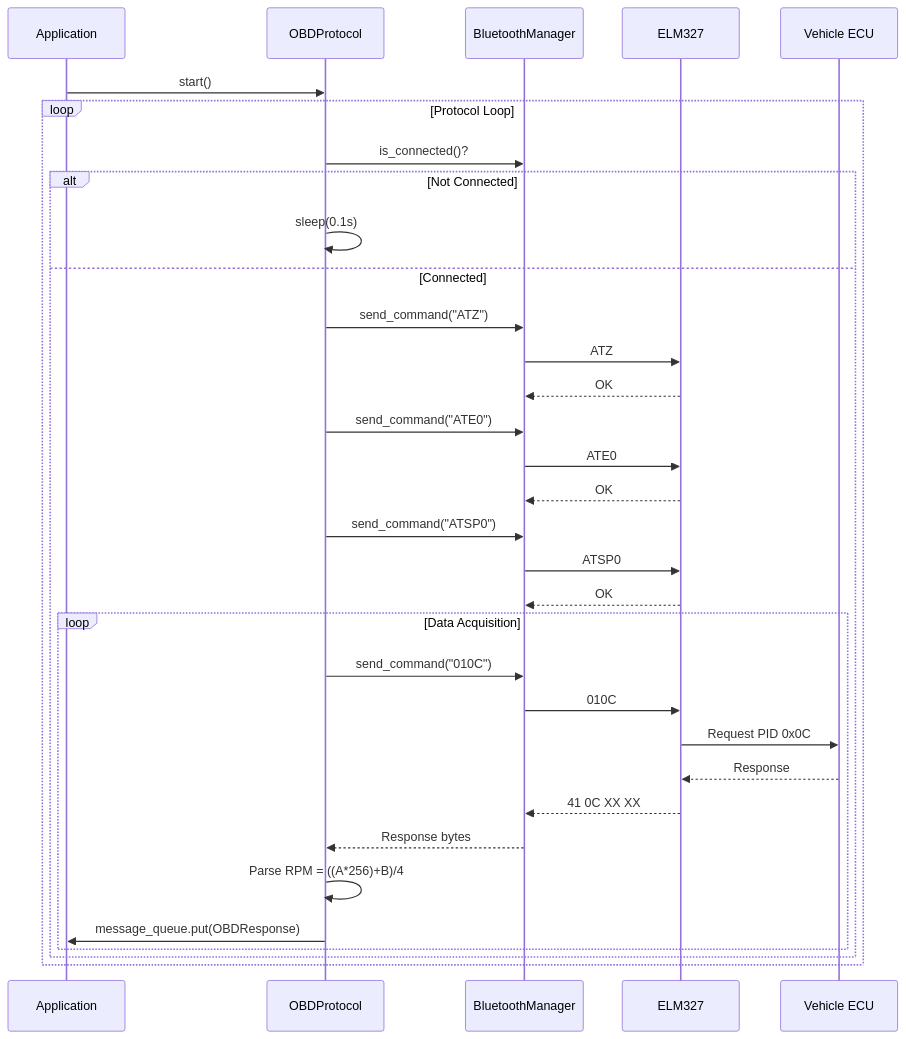
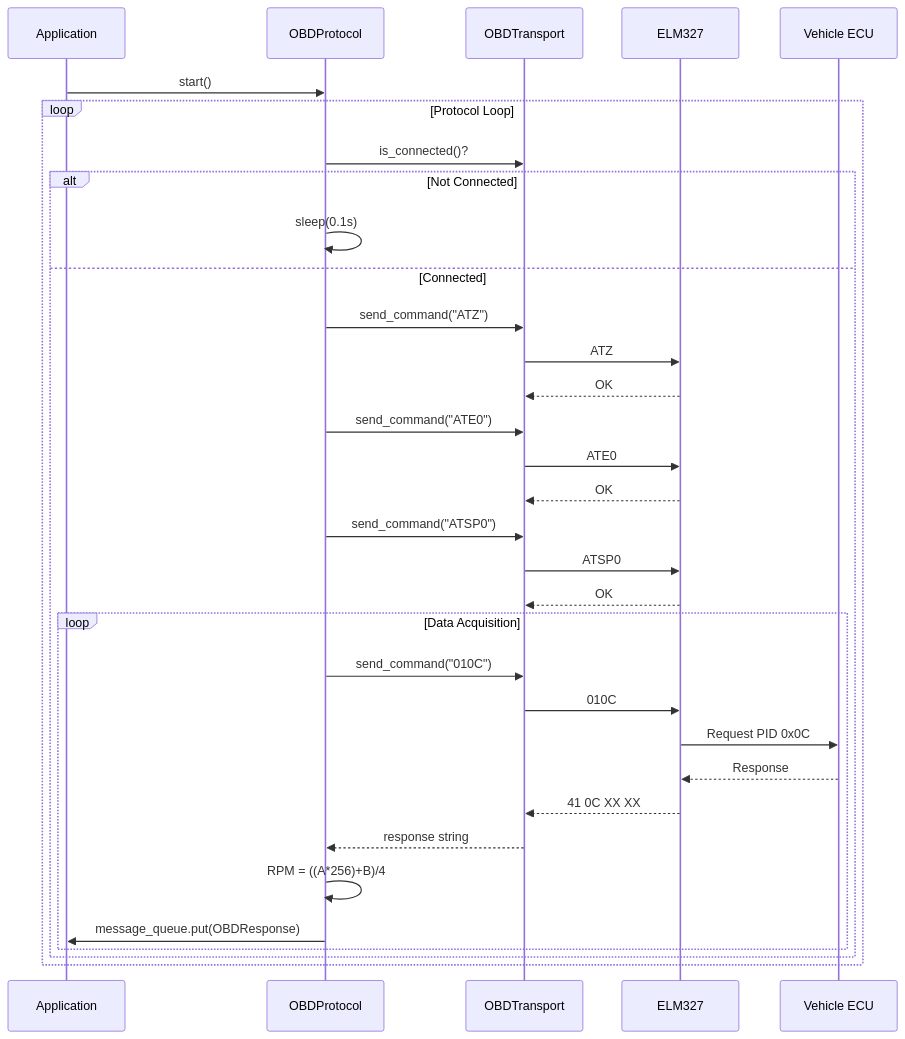
One commit to William12556/GTach changed the third of 4 diagrams in workspace/design/design-7d3e9f5a-domain_comm.md. Above: the diagram before and after it, drawn with Mermaid. The commit also changed other lines of this file and 36 other files, not shown here.

````diff
--- a/workspace/design/design-7d3e9f5a-domain_comm.md
+++ b/workspace/design/design-7d3e9f5a-domain_comm.md
@@ -585,41 +668,39 @@
 ```mermaid
 sequenceDiagram
     participant App as Application
     participant OBD as OBDProtocol
-    participant BT as BluetoothManager
+    participant TR as OBDTransport
     participant ELM as ELM327
     participant ECU as Vehicle ECU
-    
+
     App->>OBD: start()
-    
+
     loop Protocol Loop
-        OBD->>BT: is_connected()?
-        
+        OBD->>TR: is_connected()?
+
         alt Not Connected
             OBD->>OBD: sleep(0.1s)
         else Connected
-            OBD->>BT: send_command("ATZ")
-            BT->>ELM: ATZ
-            ELM-->>BT: OK
-            
-            OBD->>BT: send_command("ATE0")
-            BT->>ELM: ATE0
-            ELM-->>BT: OK
-            
-            OBD->>BT: send_command("ATSP0")
-            BT->>ELM: ATSP0
-            ELM-->>BT: OK
-            
+            OBD->>TR: send_command("ATZ")
+            TR->>ELM: ATZ
+            ELM-->>TR: OK
+            OBD->>TR: send_command("ATE0")
+            TR->>ELM: ATE0
+            ELM-->>TR: OK
+            OBD->>TR: send_command("ATSP0")
+            TR->>ELM: ATSP0
+            ELM-->>TR: OK
+
             loop Data Acquisition
-                OBD->>BT: send_command("010C")
-                BT->>ELM: 010C
+                OBD->>TR: send_command("010C")
+                TR->>ELM: 010C
                 ELM->>ECU: Request PID 0x0C
                 ECU-->>ELM: Response
-                ELM-->>BT: 41 0C XX XX
-                BT-->>OBD: Response bytes
-                OBD->>OBD: Parse RPM = ((A*256)+B)/4
+                ELM-->>TR: 41 0C XX XX
+                TR-->>OBD: response string
+                OBD->>OBD: RPM = ((A*256)+B)/4
                 OBD->>App: message_queue.put(OBDResponse)
             end
         end
     end
 ```
````
